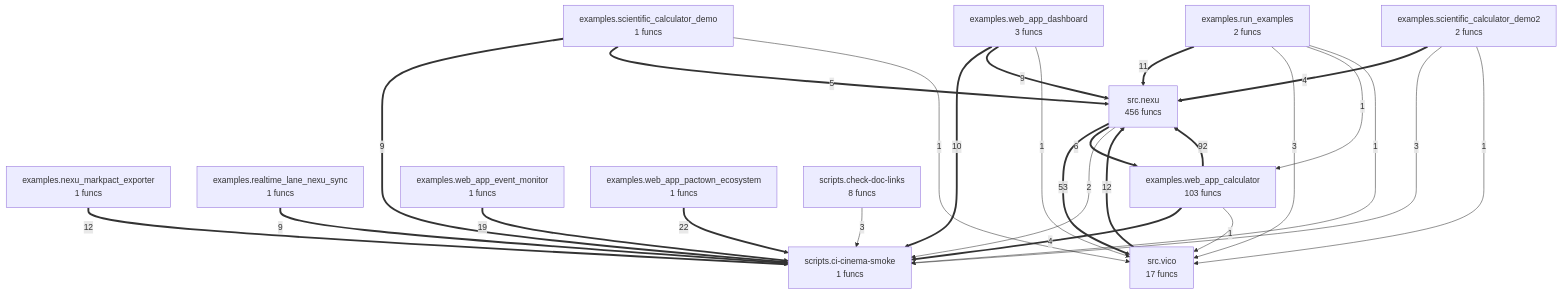
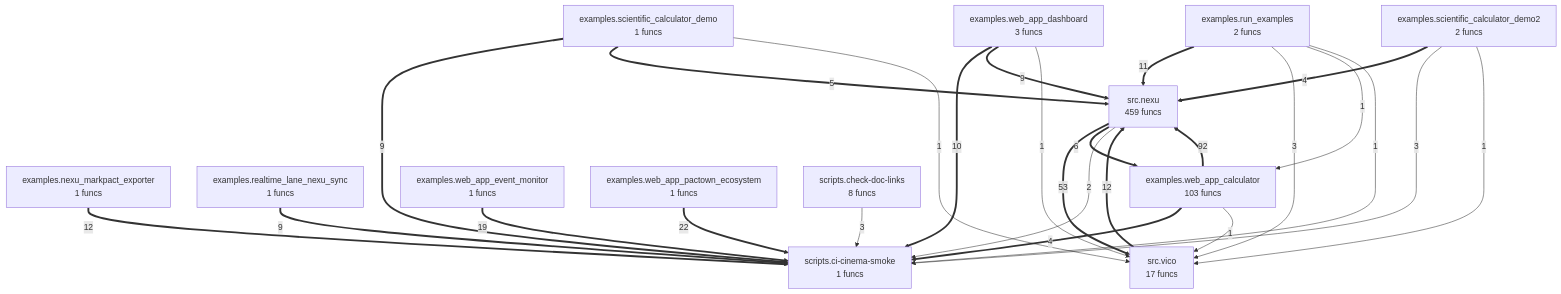
Before and after one commit to autogrammar/nexu: the diagram in project/compact_flow.mmd, drawn with Mermaid. The commit also changed 21 other files, not shown here.

```diff
--- a/project/compact_flow.mmd
+++ b/project/compact_flow.mmd
@@ -1,40 +1,40 @@
 flowchart TD
 %% generated in 0.01s
     examples__nexu_markpact_exporter["examples.nexu_markpact_exporter<br/>1 funcs"]
     examples__realtime_lane_nexu_sync["examples.realtime_lane_nexu_sync<br/>1 funcs"]
     examples__run_examples["examples.run_examples<br/>2 funcs"]
     examples__scientific_calculator_demo["examples.scientific_calculator_demo<br/>1 funcs"]
     examples__scientific_calculator_demo2["examples.scientific_calculator_demo2<br/>2 funcs"]
     examples__web_app_calculator["examples.web_app_calculator<br/>103 funcs"]
     examples__web_app_dashboard["examples.web_app_dashboard<br/>3 funcs"]
     examples__web_app_event_monitor["examples.web_app_event_monitor<br/>1 funcs"]
     examples__web_app_pactown_ecosystem["examples.web_app_pactown_ecosystem<br/>1 funcs"]
     scripts__check_doc_links["scripts.check-doc-links<br/>8 funcs"]
     scripts__ci_cinema_smoke["scripts.ci-cinema-smoke<br/>1 funcs"]
-    src__nexu["src.nexu<br/>456 funcs"]
+    src__nexu["src.nexu<br/>459 funcs"]
     src__vico["src.vico<br/>17 funcs"]
     examples__web_app_calculator ==>|92| src__nexu
     src__nexu ==>|53| src__vico
     examples__web_app_pactown_ecosystem ==>|22| scripts__ci_cinema_smoke
     examples__web_app_event_monitor ==>|19| scripts__ci_cinema_smoke
     examples__nexu_markpact_exporter ==>|12| scripts__ci_cinema_smoke
     src__vico ==>|12| src__nexu
     examples__run_examples ==>|11| src__nexu
     examples__web_app_dashboard ==>|10| scripts__ci_cinema_smoke
     examples__scientific_calculator_demo ==>|9| scripts__ci_cinema_smoke
     examples__realtime_lane_nexu_sync ==>|9| scripts__ci_cinema_smoke
     examples__web_app_dashboard ==>|9| src__nexu
     src__nexu ==>|6| examples__web_app_calculator
     examples__scientific_calculator_demo ==>|5| src__nexu
     examples__scientific_calculator_demo2 ==>|4| src__nexu
     examples__web_app_calculator ==>|4| scripts__ci_cinema_smoke
     examples__run_examples -->|3| src__vico
     examples__scientific_calculator_demo2 -->|3| scripts__ci_cinema_smoke
     scripts__check_doc_links -->|3| scripts__ci_cinema_smoke
     src__nexu -->|2| scripts__ci_cinema_smoke
     examples__scientific_calculator_demo -->|1| src__vico
     examples__run_examples -->|1| examples__web_app_calculator
     examples__run_examples -->|1| scripts__ci_cinema_smoke
     examples__scientific_calculator_demo2 -->|1| src__vico
     examples__web_app_calculator -->|1| src__vico
     examples__web_app_dashboard -->|1| src__vico
```
